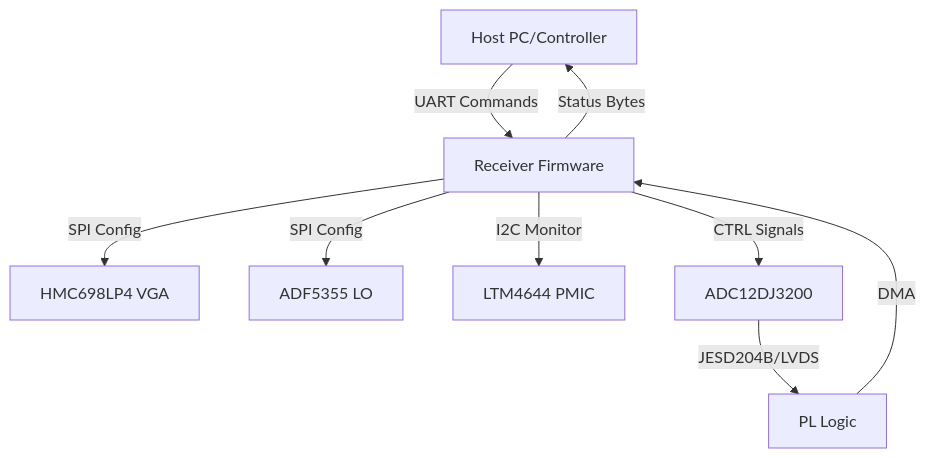
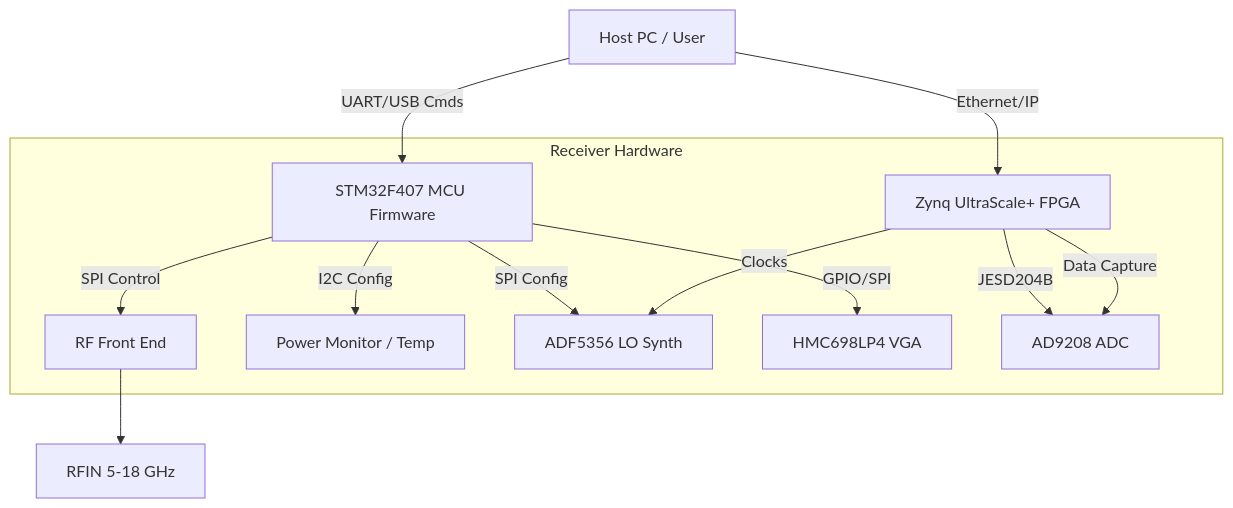
One commit to bala9066/AI_S2S_Code changed the first of 6 diagrams in SRS_receiver.md. Above: the diagram before and after it, drawn with Mermaid. The commit also changed other lines of this file and 31 other files, not shown here.

First line of the commit message:
[AI] Hardware Pipeline: receiver — P8c complete

````diff
--- a/SRS_receiver.md
+++ b/SRS_receiver.md
@@ -132,11 +109,18 @@
 ```mermaid
 graph TD
-    Host[Host PC/Controller] -->|UART Commands| FW[Receiver Firmware]
-    FW -->|SPI Config| RF_IC1[HMC698LP4 VGA]
-    FW -->|SPI Config| RF_IC2[ADF5355 LO]
-    FW -->|I2C Monitor| PWR[LTM4644 PMIC]
-    FW -->|CTRL Signals| ADC[ADC12DJ3200]
-    ADC -->|JESD204B/LVDS| FPGA_PL[PL Logic]
-    FPGA_PL -->|DMA| FW
-    FW -->|Status Bytes| Host
+    Host[Host PC / User] -- "UART/USB Cmds" --> MCU[STM32F407 MCU Firmware]
+    Host -- "Ethernet/IP" --> FPGA[Zynq UltraScale+ FPGA]
+    
+    subgraph "Receiver Hardware"
+        MCU -- "SPI Control" --> RFIC[RF Front End]
+        MCU -- "I2C Config" --> PMIC[Power Monitor / Temp]
+        MCU -- "SPI Config" --> LO[ADF5356 LO Synth]
+        MCU -- "GPIO/SPI" --> VGA[HMC698LP4 VGA]
+        
+        FPGA -- "JESD204B" --> ADC[AD9208 ADC]
+        FPGA -- "Clocks" --> LO
+        FPGA -- "Data Capture" --> ADC
+    end
+    
+    RFIC --> SMA[RFIN 5-18 GHz]
 ```
````
